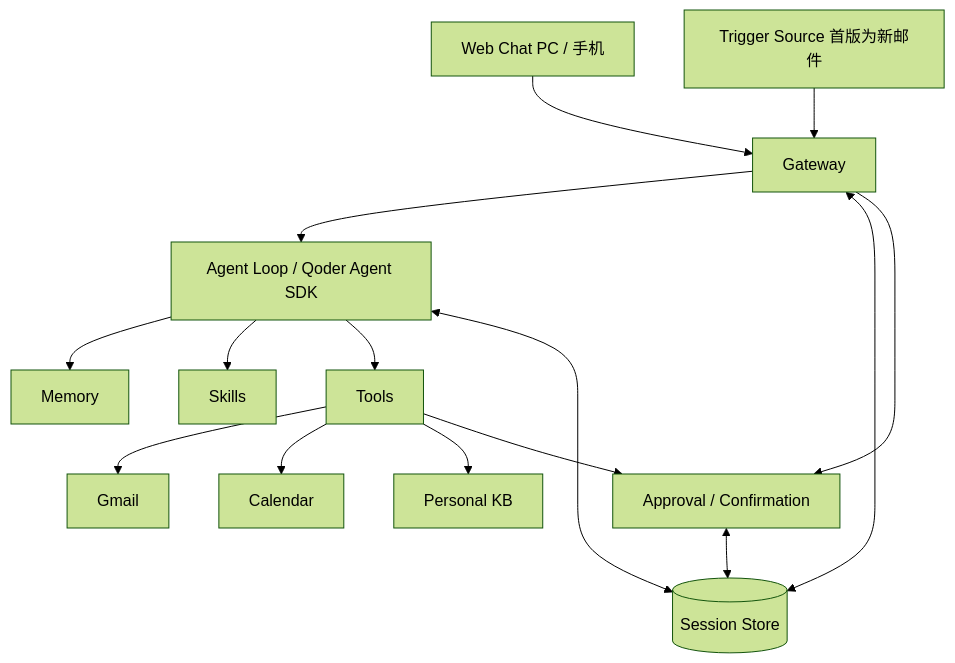
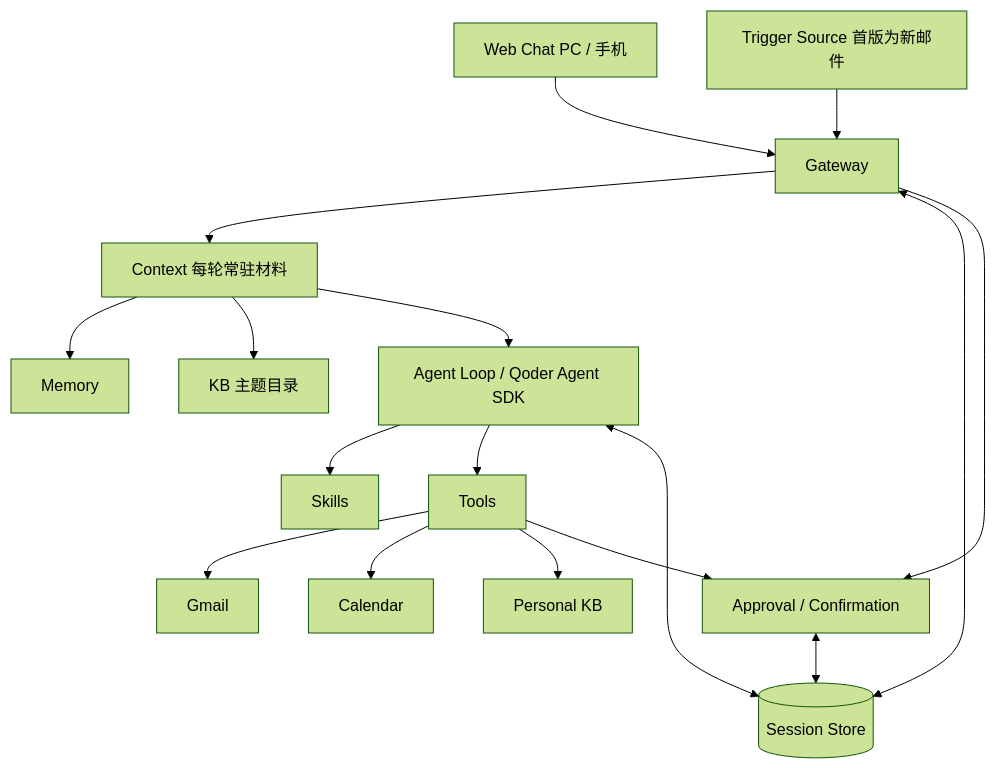
One commit to personal-agent-lab/Pebble changed the diagram in docs/v1-design.md. Above: the diagram before and after it, drawn with Mermaid (forest theme). The commit also changed other lines of this file and 8 other files, not shown here.

````diff
--- a/docs/v1-design.md
+++ b/docs/v1-design.md
@@ -15,17 +15,19 @@
 ```mermaid
 flowchart TD
     Web[Web Chat PC / 手机] --> Gateway[Gateway]
     Trigger[Trigger Source 首版为新邮件] --> Gateway
-    Gateway --> Agent[Agent Loop / Qoder Agent SDK]
-    Agent --> Memory[Memory]
+    Gateway --> Context[Context 每轮常驻材料]
+    Context --> Memory[Memory]
+    Context --> KBIndex[KB 主题目录]
+    Context --> Agent[Agent Loop / Qoder Agent SDK]
     Agent --> Skills[Skills]
     Agent --> Tools[Tools]
     Tools --> Gmail[Gmail]
     Tools --> Calendar[Calendar]
     Tools --> KB[Personal KB]
     Gateway <--> Store[(Session Store)]
     Agent <--> Store
     Tools --> Confirmation[Approval / Confirmation]
     Gateway --> Confirmation
     Confirmation <--> Store
 ```
````
